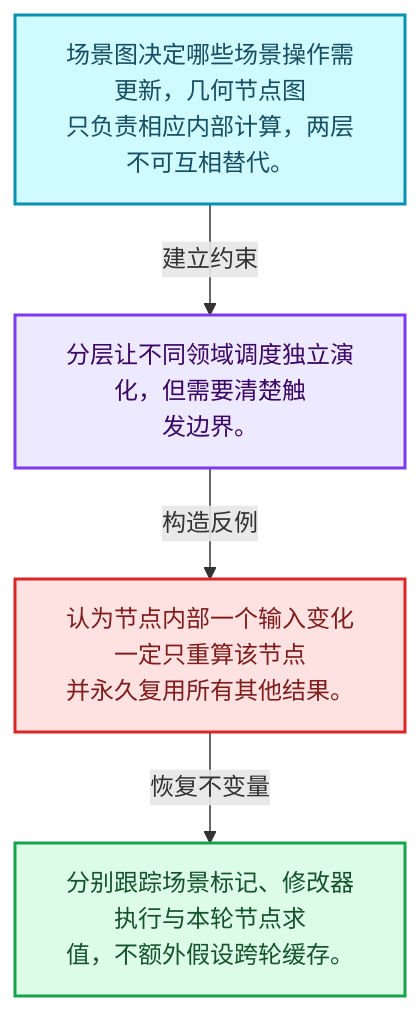
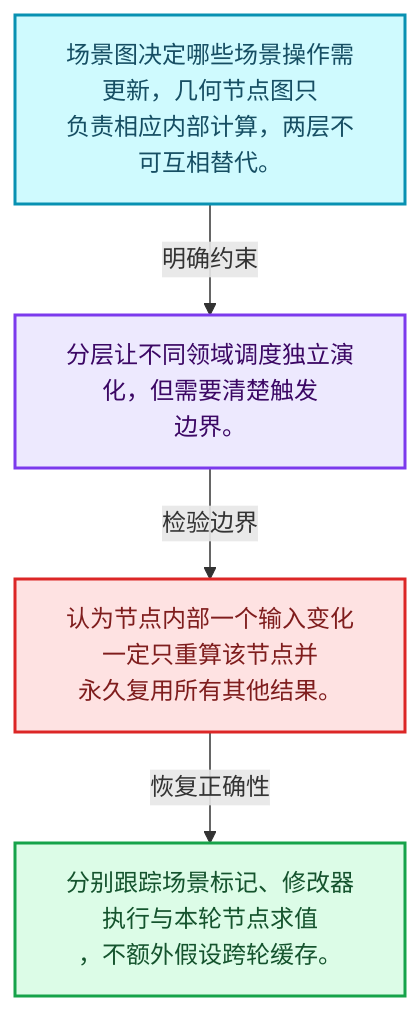
The first of 4 diagrams in 杂/markdown/全面学习-codex/11-Depsgraph与并行任务系统/01-场景更新总体架构.md (yunkezengren/blender-.vscode), drawn with Mermaid before and after one commit. The commit also changed other lines of this file and 1930 other files, not shown here.

````diff
--- a/杂/markdown/全面学习-codex/11-Depsgraph与并行任务系统/01-场景更新总体架构.md
+++ b/杂/markdown/全面学习-codex/11-Depsgraph与并行任务系统/01-场景更新总体架构.md
@@ -29,16 +29,16 @@
 ```mermaid
 flowchart TB
-  M["场景图决定哪些场景操作需更新，几何节点图<br/>只负责相应内部计算，两层不可互相替代。"]:::data
-  T["分层让不同领域调度独立演化，但需要清楚触<br/>发边界。"]:::abstraction
-  X["认为节点内部一个输入变化一定只重算该节点<br/>并永久复用所有其他结果。"]:::error
-  A["分别跟踪场景标记、修改器执行与本轮节点求<br/>值，不额外假设跨轮缓存。"]:::result
-  M -->|"建立约束"| T
-  T -->|"构造反例"| X
-  X -->|"恢复不变量"| A
+  M["场景图决定哪些场景操作需更新，几何节点图只<br/>负责相应内部计算，两层不可互相替代。"]:::data
+  C["分层让不同领域调度独立演化，但需要清楚触发<br/>边界。"]:::abstraction
+  B["认为节点内部一个输入变化一定只重算该节点并<br/>永久复用所有其他结果。"]:::error
+  R["分别跟踪场景标记、修改器执行与本轮节点求值<br/>，不额外假设跨轮缓存。"]:::result
+  M -->|"明确约束"| C
+  C -->|"检验边界"| B
+  B -->|"恢复正确性"| R
   classDef input fill:#DBEAFE,stroke:#2563EB,color:#172554,stroke-width:2px;
   classDef data fill:#CFFAFE,stroke:#0891B2,color:#164E63,stroke-width:2px;
   classDef abstraction fill:#EDE9FE,stroke:#7C3AED,color:#3B0764,stroke-width:2px;
   classDef compute fill:#FEF3C7,stroke:#D97706,color:#78350F,stroke-width:2px;
   classDef result fill:#DCFCE7,stroke:#16A34A,color:#14532D,stroke-width:2px;
   classDef error fill:#FEE2E2,stroke:#DC2626,color:#7F1D1D,stroke-width:2px;
 ```
````
